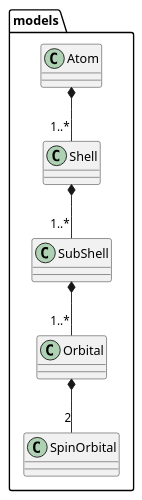
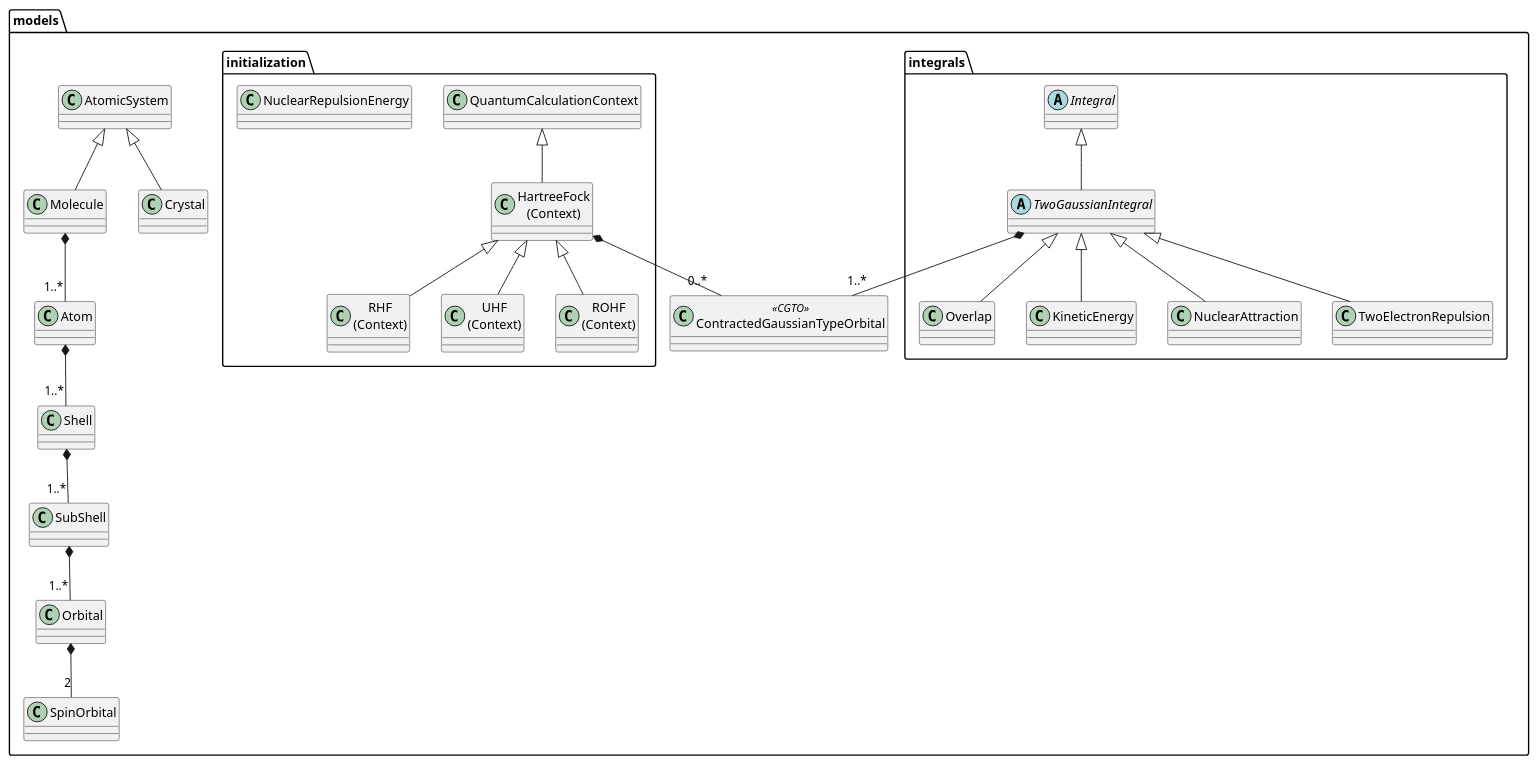
The diagram in architecture/block_definition_diagrams/models.puml (milosz-martynow/qBlock), drawn with PlantUML before and after one commit. The commit also changed 109 other files, not shown here.

Commit message:
implement scientific software architecture

```diff
--- a/architecture/block_definition_diagrams/models.puml
+++ b/architecture/block_definition_diagrams/models.puml
@@ -1,18 +1,79 @@
 @startuml bdd_models
 
 package "models" {
+
+  ' ═══ Data structures ═══
+
   class SpinOrbital
   class Orbital
   class SubShell
   class Shell
   class Atom
+
+  ' ═══ Composite systems ═══
+
+  class AtomicSystem
+  class Molecule
+  class Crystal
+
+  ' ═══ Basis functions ═══
+
+  class ContractedGaussianTypeOrbital <<CGTO>>
+
+  ' ═══ Integrals ═══
+
+  package "integrals" {
+    abstract class Integral
+    abstract class TwoGaussianIntegral
+    class Overlap
+    class KineticEnergy
+    class NuclearAttraction
+    class TwoElectronRepulsion
+  }
+
+  ' ═══ Initialization ═══
+
+  package "initialization" {
+    class QuantumCalculationContext
+    class "HartreeFock\n(Context)" as HFContext
+    class "RHF\n(Context)" as RHFContext
+    class "UHF\n(Context)" as UHFContext
+    class "ROHF\n(Context)" as ROHFContext
+    class NuclearRepulsionEnergy
+  }
 }
 
-' ═══ Composition ═══
+' ═══ Data structure composition ═══
 
 Orbital *-- "2" SpinOrbital
 SubShell *-- "1..*" Orbital
 Shell *-- "1..*" SubShell
 Atom *-- "1..*" Shell
 
+' ═══ System generalization ═══
+
+Molecule -up-|> AtomicSystem
+Crystal -up-|> AtomicSystem
+
+' ═══ Integral generalization ═══
+
+TwoGaussianIntegral -up-|> Integral
+Overlap -up-|> TwoGaussianIntegral
+KineticEnergy -up-|> TwoGaussianIntegral
+NuclearAttraction -up-|> TwoGaussianIntegral
+TwoElectronRepulsion -up-|> TwoGaussianIntegral
+
+' ═══ Context generalization ═══
+
+HFContext -up-|> QuantumCalculationContext
+RHFContext -up-|> HFContext
+UHFContext -up-|> HFContext
+ROHFContext -up-|> HFContext
+
+' ═══ Composition ═══
+
+TwoGaussianIntegral *-- "1..*" ContractedGaussianTypeOrbital
+HFContext *-- "0..*" ContractedGaussianTypeOrbital
+Molecule *-- "1..*" Atom
+
 @enduml
```
